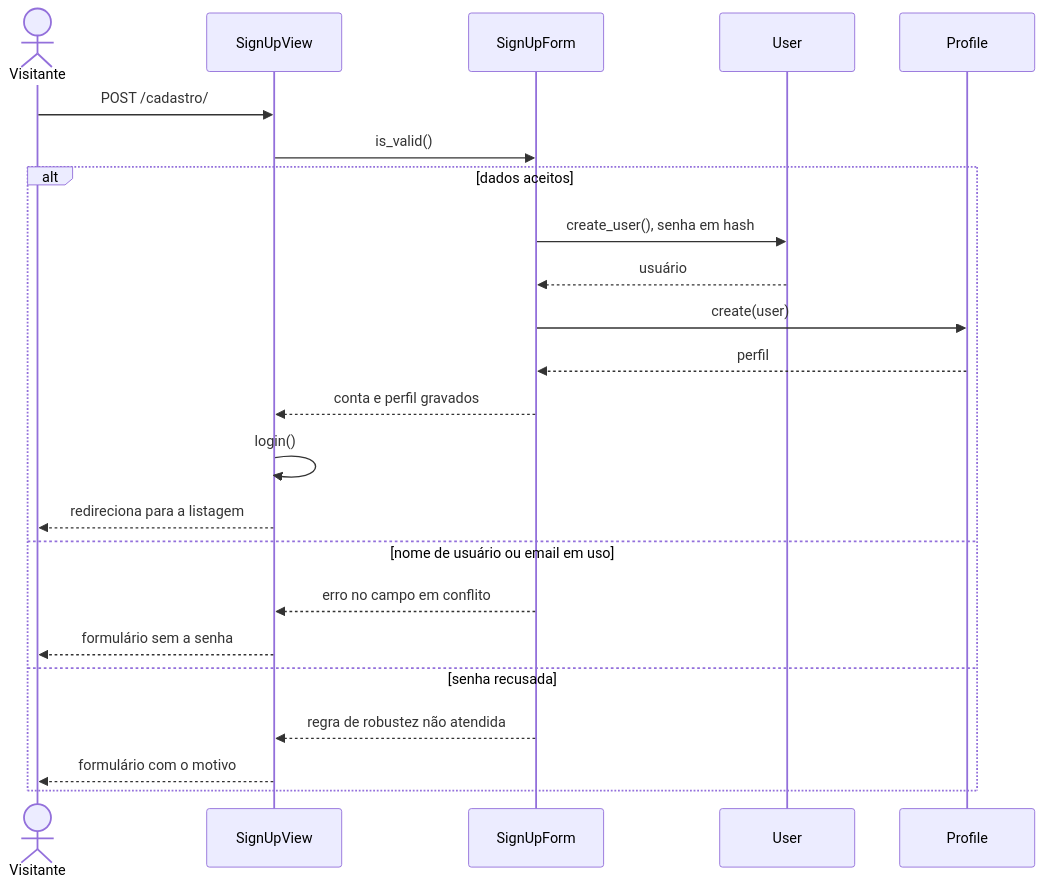
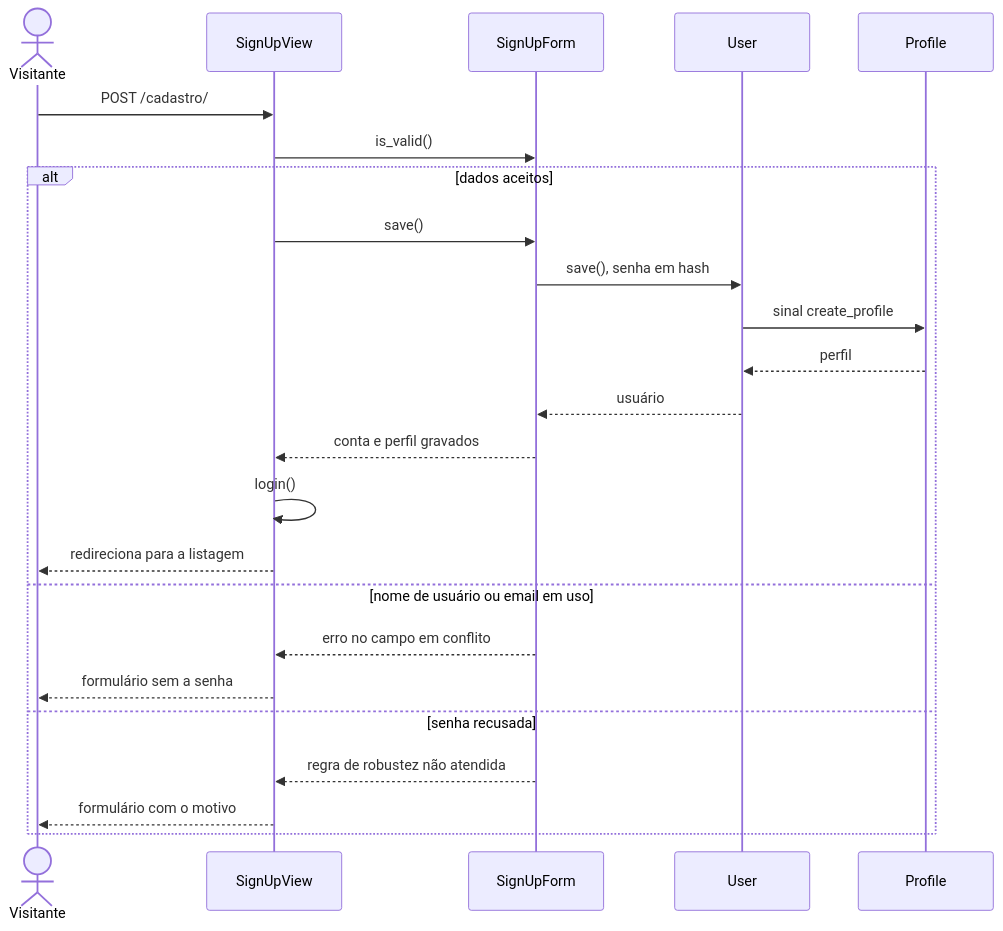
One commit to ataraxia-ppads/ataraxia-blog changed the diagram in docs/sequencia-de-projeto/UC05.md. Above: the diagram before and after it, drawn with Mermaid. The commit also changed other lines of this file and 19 other files, not shown here.

````diff
--- a/docs/sequencia-de-projeto/UC05.md
+++ b/docs/sequencia-de-projeto/UC05.md
@@ -3,25 +3,26 @@
 ```mermaid
 sequenceDiagram
     actor V as Visitante
     participant Vw as SignUpView
     participant F as SignUpForm
     participant Us as User
     participant Pf as Profile
     V->>Vw: POST /cadastro/
     Vw->>F: is_valid()
     alt dados aceitos
-        F->>Us: create_user(), senha em hash
+        Vw->>F: save()
+        F->>Us: save(), senha em hash
+        Us->>Pf: sinal create_profile
+        Pf-->>Us: perfil
         Us-->>F: usuário
-        F->>Pf: create(user)
-        Pf-->>F: perfil
         F-->>Vw: conta e perfil gravados
         Vw->>Vw: login()
         Vw-->>V: redireciona para a listagem
     else nome de usuário ou email em uso
         F-->>Vw: erro no campo em conflito
         Vw-->>V: formulário sem a senha
     else senha recusada
         F-->>Vw: regra de robustez não atendida
         Vw-->>V: formulário com o motivo
     end
 ```
````
